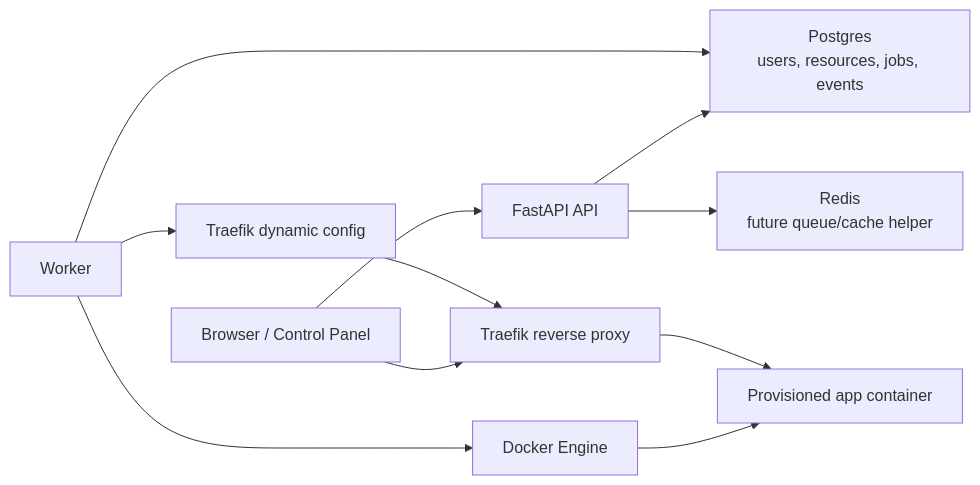
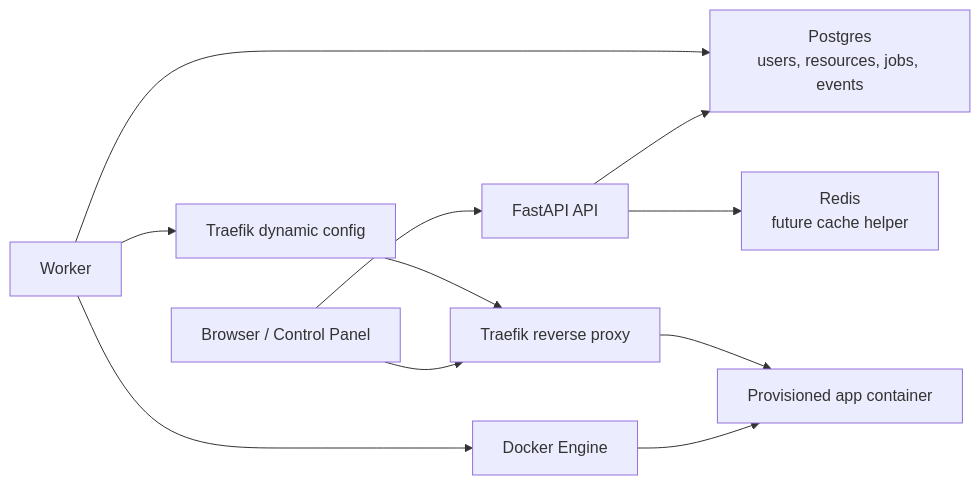
The diagram in README.md (DavidMendoza54/Gaming-Provisioning-), drawn with Mermaid before and after one commit. The commit also changed other lines of this file and 31 other files, not shown here.

````diff
--- a/README.md
+++ b/README.md
@@ -32,13 +33,13 @@
 ```mermaid
 flowchart LR
     Browser["Browser / Control Panel"] --> API["FastAPI API"]
     API --> DB["Postgres\nusers, resources, jobs, events"]
-    API --> Redis["Redis\nfuture queue/cache helper"]
+    API --> Redis["Redis\nfuture cache helper"]
     Worker["Worker"] --> DB
     Worker --> Docker["Docker Engine"]
     Worker --> TraefikConfig["Traefik dynamic config"]
     Docker --> App["Provisioned app container"]
     Traefik["Traefik reverse proxy"] --> App
     Browser --> Traefik
     TraefikConfig --> Traefik
 ```
````
